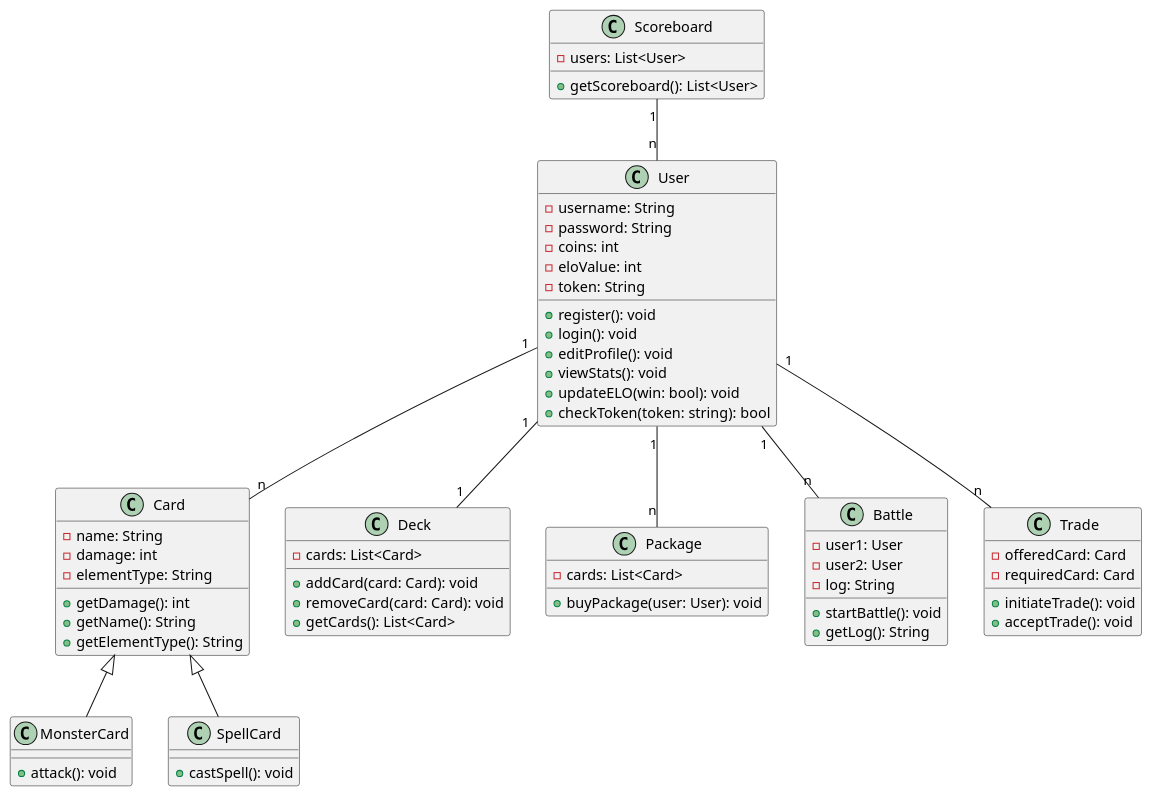
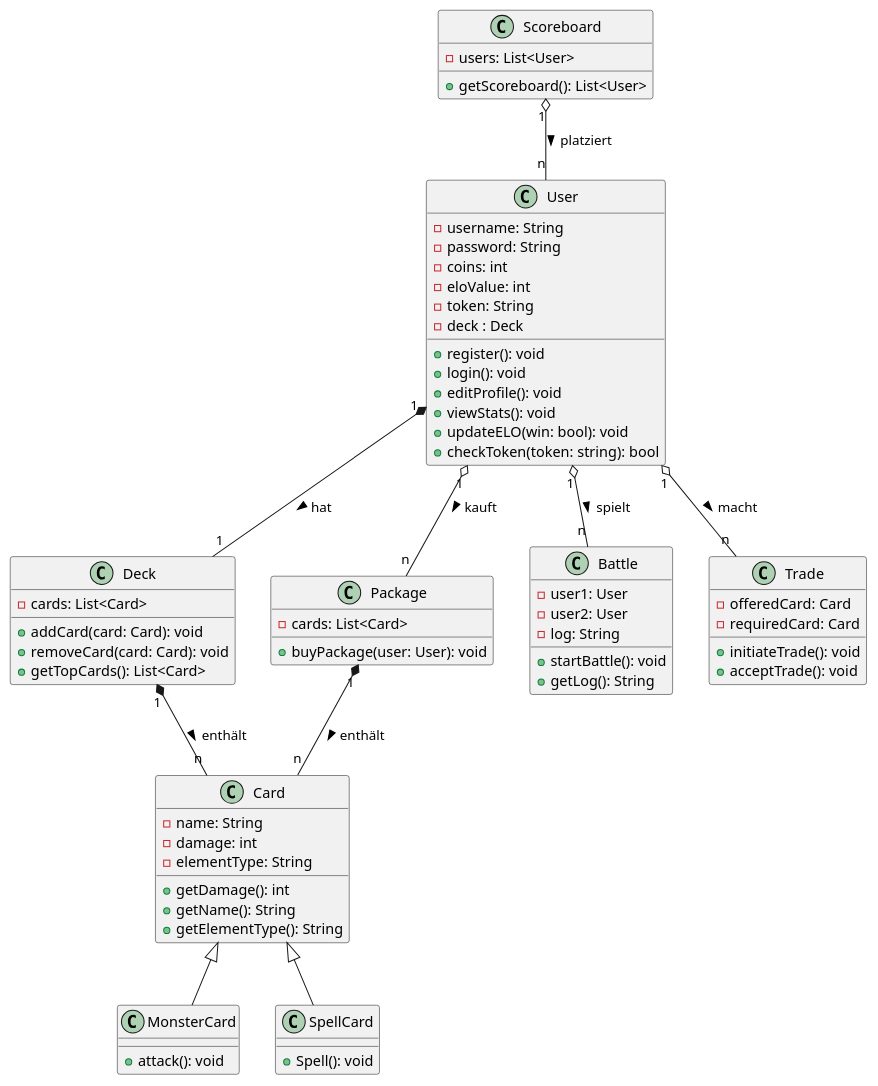
One commit to magnusgoeppel/MTCG changed the diagram in documentation/Klassendiagramm.puml. Above: the diagram before and after it, drawn with PlantUML. The commit also changed 6 other files, not shown here.

```diff
--- a/documentation/Klassendiagramm.puml
+++ b/documentation/Klassendiagramm.puml
@@ -1,89 +1,92 @@
 @startuml
 
 class User
 {
     - username: String
     - password: String
     - coins: int
     - eloValue: int
     - token: String
+    - deck : Deck
 
     + register(): void
     + login(): void
     + editProfile(): void
     + viewStats(): void
     + updateELO(win: bool): void
     + checkToken(token: string): bool
 }
 
 class Card
 {
     - name: String
     - damage: int
     - elementType: String
 
     + getDamage(): int
     + getName(): String
     + getElementType(): String
 }
 
 class MonsterCard extends Card
 {
     + attack(): void
 }
 
 class SpellCard extends Card
 {
-    + castSpell(): void
+    + Spell(): void
 }
 
 class Deck
 {
     - cards: List<Card>
 
     + addCard(card: Card): void
     + removeCard(card: Card): void
-    + getCards(): List<Card>
+    + getTopCards(): List<Card>
 }
 
 class Package
 {
     - cards: List<Card>
 
     + buyPackage(user: User): void
 }
 
 class Battle
 {
     - user1: User
     - user2: User
     - log: String
 
     + startBattle(): void
     + getLog(): String
 }
 
 class Trade
 {
     - offeredCard: Card
     - requiredCard: Card
 
     + initiateTrade(): void
     + acceptTrade(): void
 }
 
 class Scoreboard
 {
     - users: List<User>
 
     + getScoreboard(): List<User>
 }
 
-User "1" -- "n" Card
-User "1" -- "1" Deck
-User "1" -- "n" Package
-User "1" -- "n" Battle
-User "1" -- "n" Trade
-Scoreboard "1" -- "n" User
+User "1" *-- "1" Deck : hat >
+User "1" o-- "n" Package : kauft >
+User "1" o-- "n" Battle : spielt >
+User "1" o-- "n" Trade :  macht >
+Deck "1" *-- "n" Card : enthält >
+Package "1" *-- "n" Card : enthält >
+Scoreboard "1" o-- "n" User : platziert >
+
 
 @enduml
```
